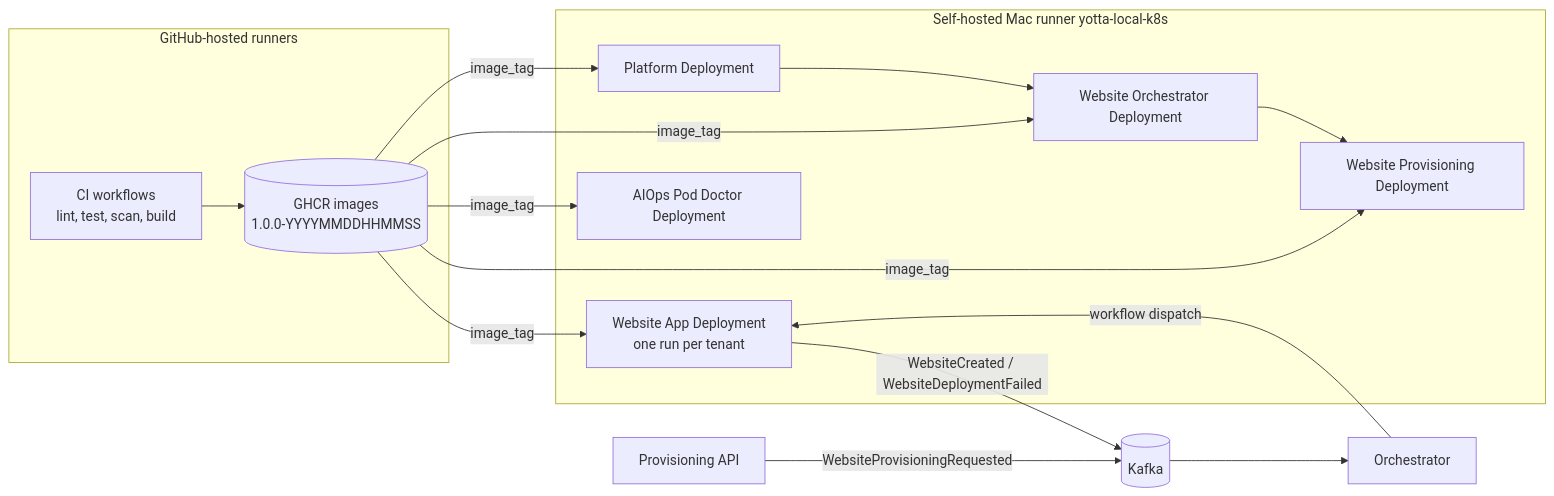
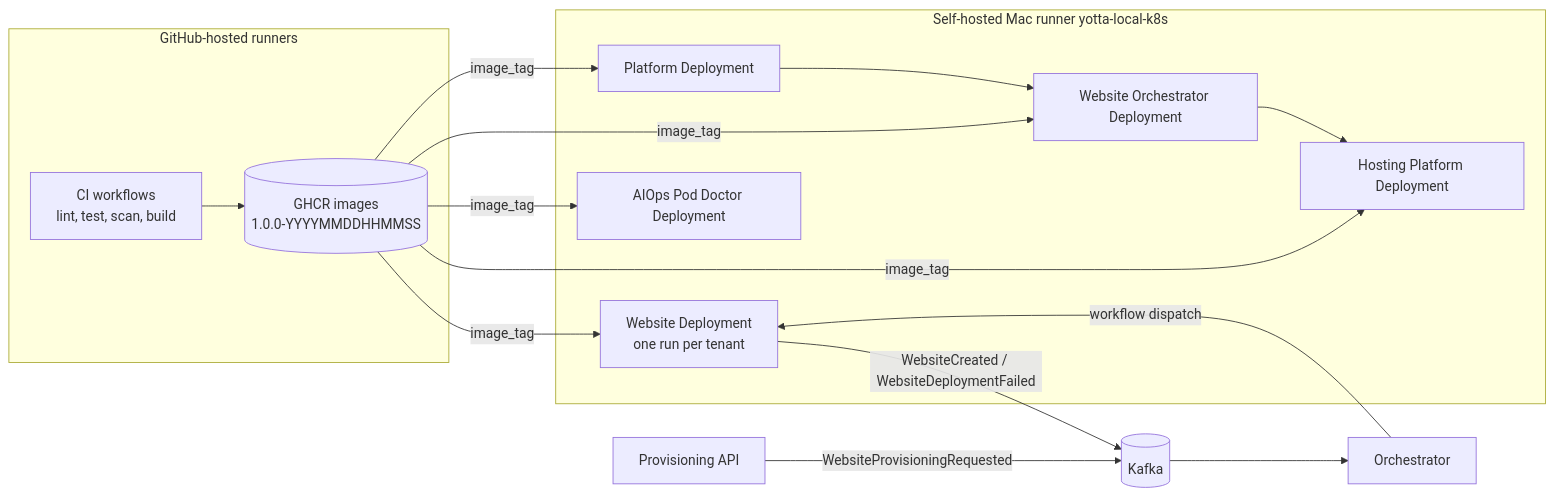
Before and after one commit to AnupamGupta86/yotta-multitenant-platform: the diagram in docs/github-actions-runbook.md, drawn with Mermaid. The commit also changed other lines of this file and 167 other files, not shown here.

````diff
--- a/docs/github-actions-runbook.md
+++ b/docs/github-actions-runbook.md
@@ -122,14 +137,14 @@
 ```mermaid
 flowchart LR
     subgraph GitHub-hosted runners
       CI[CI workflows<br/>lint, test, scan, build] --> GHCR[(GHCR images<br/>1.0.0-YYYYMMDDHHMMSS)]
     end
     subgraph Self-hosted Mac runner yotta-local-k8s
-      PCD[Platform Deployment] --> OCD[Website Orchestrator Deployment] --> WPCD[Website Provisioning Deployment]
-      ACD[Website App Deployment<br/>one run per tenant]
+      PCD[Platform Deployment] --> OCD[Website Orchestrator Deployment] --> WPCD[Hosting Platform Deployment]
+      ACD[Website Deployment<br/>one run per tenant]
       AICD[AIOps Pod Doctor Deployment]
     end
     GHCR -->|image_tag| PCD & OCD & WPCD & ACD & AICD
     API[Provisioning API] -->|WebsiteProvisioningRequested| Kafka[(Kafka)] --> Orch[Orchestrator] -->|workflow dispatch| ACD
     ACD -->|WebsiteCreated / WebsiteDeploymentFailed| Kafka
 ```
````
